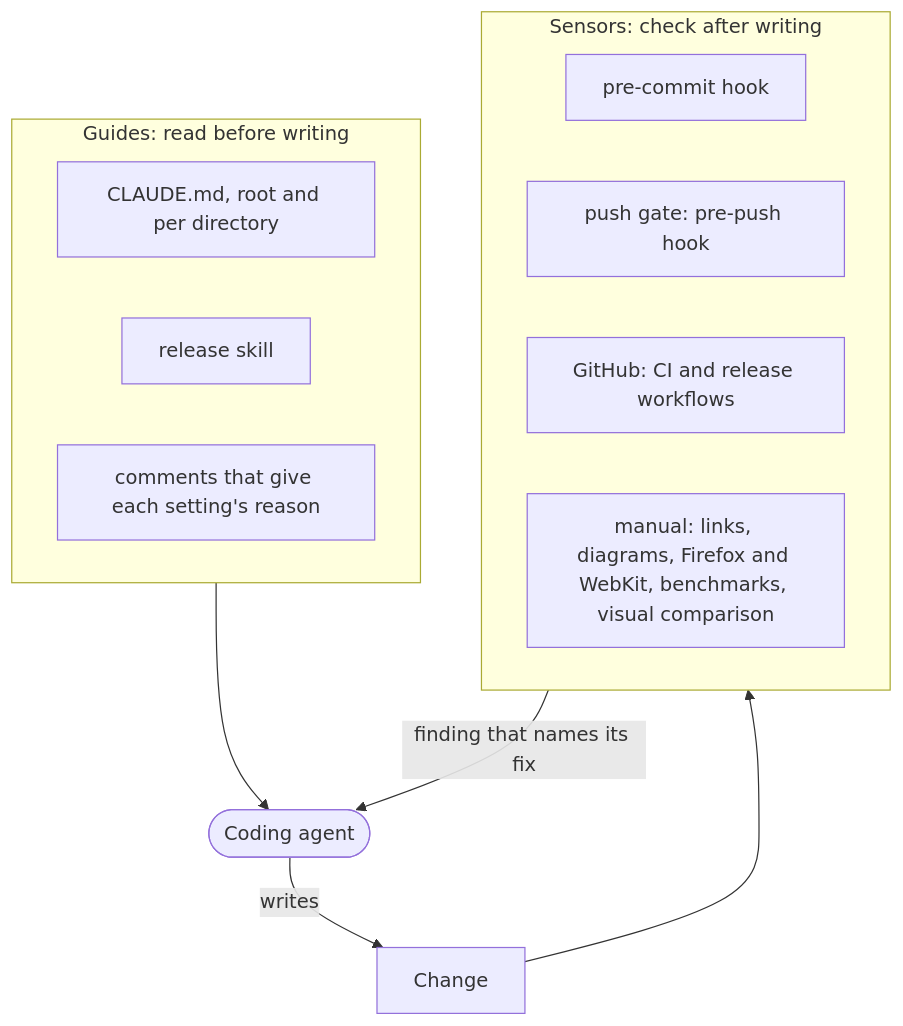
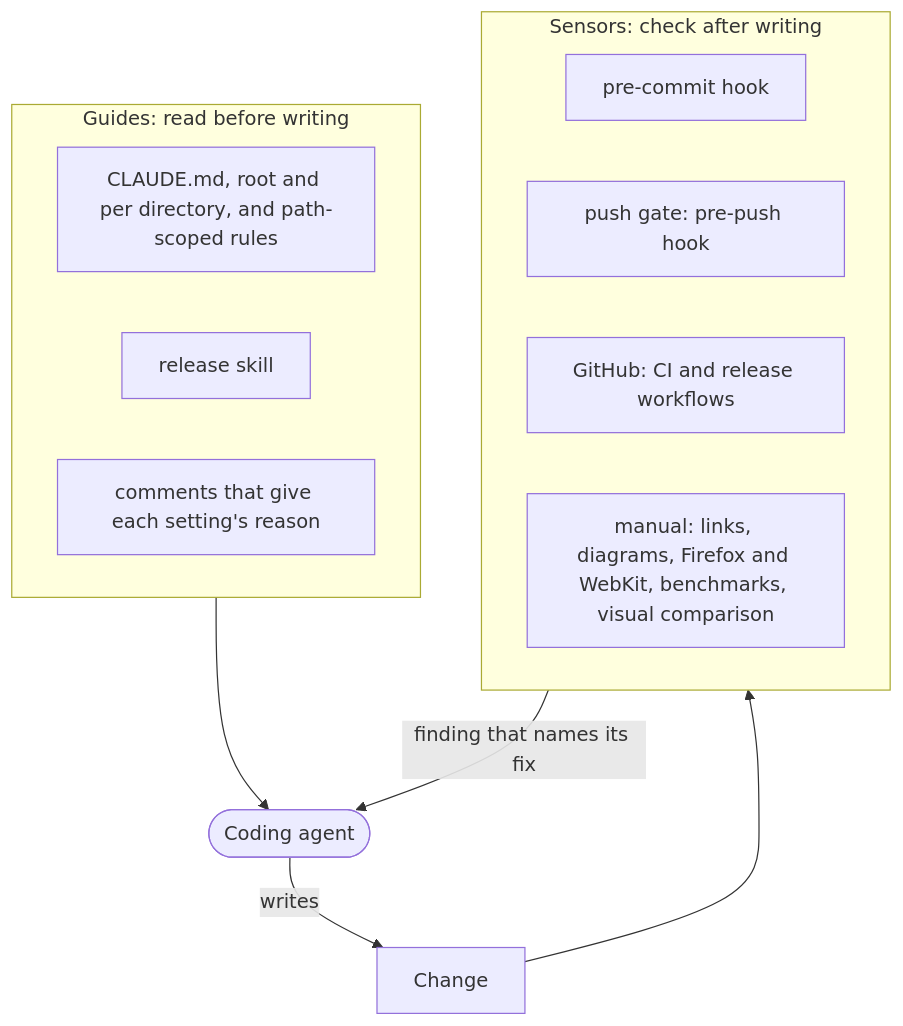
Before and after one commit to LelandGrunt/streamlit-listview: the first of 7 diagrams in HARNESS.md, drawn with Mermaid. The commit also changed other lines of this file and 4 other files, not shown here.

````diff
--- a/HARNESS.md
+++ b/HARNESS.md
@@ -11,18 +11,18 @@
 ```mermaid
 flowchart TB
     subgraph guides["Guides: read before writing"]
-        g1["CLAUDE.md, root and per directory"]
+        g1["CLAUDE.md, root and per directory, and path-scoped rules"]
         g2["release skill"]
         g3["comments that give each setting's reason"]
     end
     subgraph sensors["Sensors: check after writing"]
         s1["pre-commit hook"]
         s2["push gate: pre-push hook"]
         s3["GitHub: CI and release workflows"]
         s4["manual: links, diagrams, Firefox and WebKit, benchmarks, visual comparison"]
     end
     guides --> agent(["Coding agent"])
     agent -->|writes| change["Change"]
     change --> sensors
     sensors -->|"finding that names its fix"| agent
 ```
````
